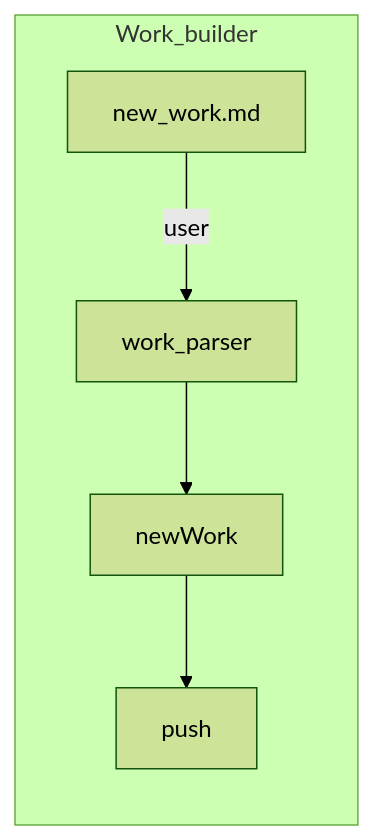
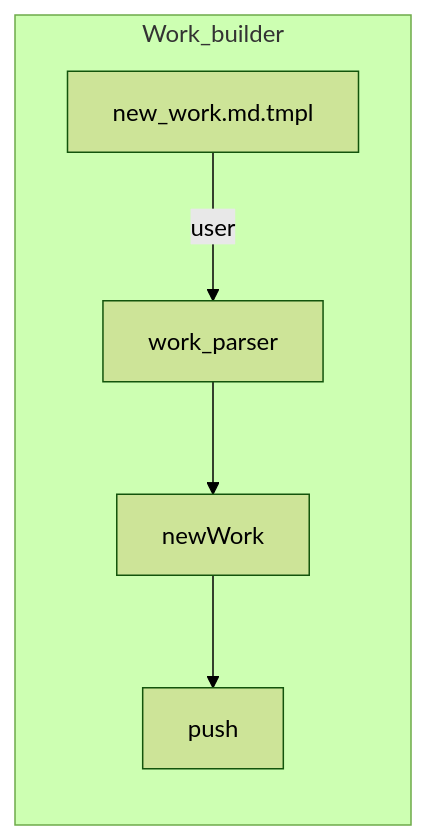
The diagram in internal/builder/README.md (IridiumNan/project-todo), drawn with Mermaid (forest theme) before and after one commit. The commit also changed 4 other files, not shown here.

````diff
--- a/internal/builder/README.md
+++ b/internal/builder/README.md
@@ -3,6 +3,6 @@
 ```mermaid
 graph LR
     subgraph Work_builder 
-        new_work.md --> |user|work_parser --> newWork --> push
+        new_work.md.tmpl --> |user|work_parser --> newWork --> push
     end
 ```
````
